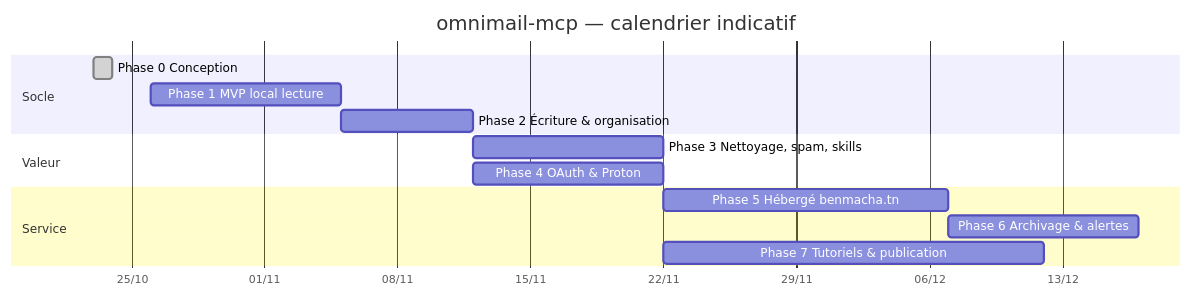
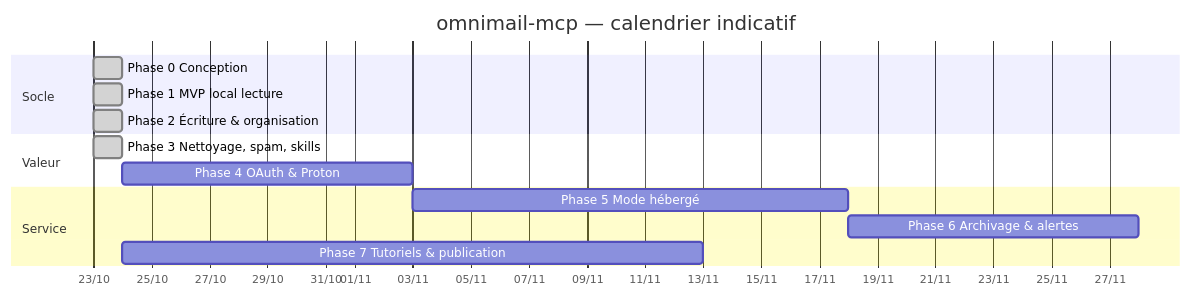
The first of 2 diagrams in docs/PLAN.md (BenMacha/omnimail-mcp), drawn with Mermaid before and after one commit. The commit also changed other lines of this file and 47 other files, not shown here.

First line of the commit message:
feat: serveur MCP local multi-comptes avec désabonnement, classement et nettoyage

````diff
--- a/docs/PLAN.md
+++ b/docs/PLAN.md
@@ -117,17 +119,17 @@
 ```mermaid
 gantt
   title omnimail-mcp — calendrier indicatif
   dateFormat YYYY-MM-DD
   axisFormat %d/%m
   section Socle
   Phase 0 Conception            :done,    p0, 2026-10-23, 1d
-  Phase 1 MVP local lecture     :         p1, 2026-10-26, 10d
-  Phase 2 Écriture & organisation :       p2, after p1, 7d
+  Phase 1 MVP local lecture     :done,    p1, 2026-10-23, 1d
+  Phase 2 Écriture & organisation :done,  p2, 2026-10-23, 1d
   section Valeur
-  Phase 3 Nettoyage, spam, skills :       p3, after p2, 10d
+  Phase 3 Nettoyage, spam, skills :done,  p3, 2026-10-23, 1d
   Phase 4 OAuth & Proton        :         p4, after p2, 10d
   section Service
-  Phase 5 Hébergé benmacha.tn   :         p5, after p4, 15d
+  Phase 5 Mode hébergé          :         p5, after p4, 15d
   Phase 6 Archivage & alertes   :         p6, after p5, 10d
   Phase 7 Tutoriels & publication :       p7, after p3, 20d
 ```
````
